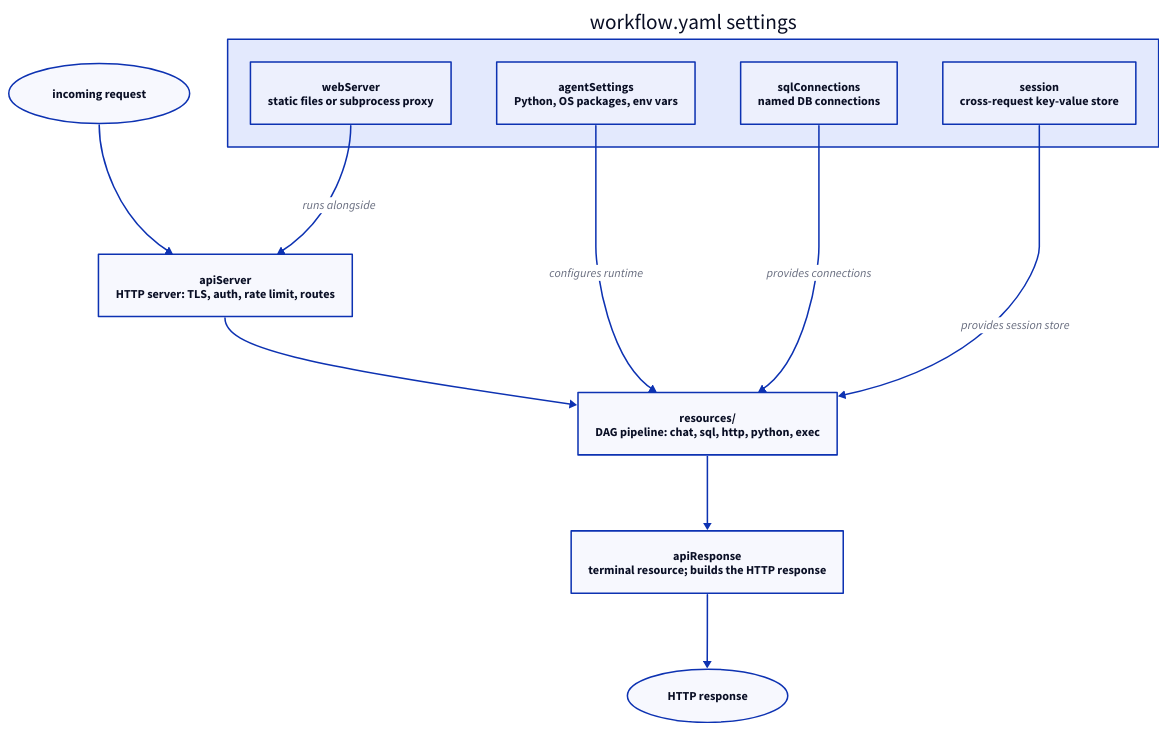
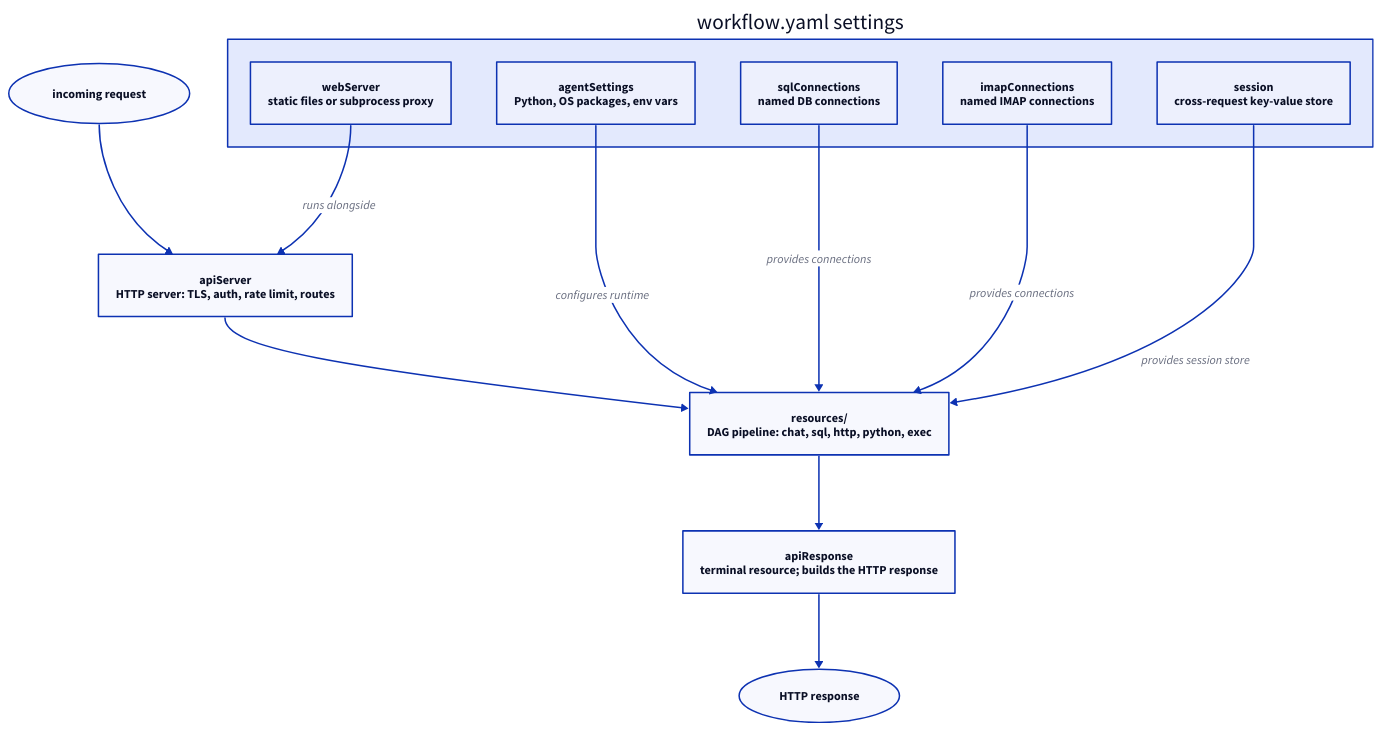
The diagram in docs/v2/configuration/workflow.md (kdeps/kdeps), drawn with D2 before and after one commit. The commit also changed other lines of this file and 3 other files, not shown here.

````diff
--- a/docs/v2/configuration/workflow.md
+++ b/docs/v2/configuration/workflow.md
@@ -7,23 +7,25 @@
 ```d2
 direction: down
 
 A: incoming request {shape: oval}
 B: "apiServer\nHTTP server: TLS, auth, rate limit, routes"
 C: "resources/\nDAG pipeline: chat, sql, http, python, exec"
 D: "apiResponse\nterminal resource; builds the HTTP response"
 E: HTTP response {shape: oval}
 
 A -> B -> C -> D -> E
 
 settings: workflow.yaml settings {
   B2: "webServer\nstatic files or subprocess proxy"
   B3: "agentSettings\nPython, OS packages, env vars"
   B4: "sqlConnections\nnamed DB connections"
+  B6: "imapConnections\nnamed IMAP connections"
   B5: "session\ncross-request key-value store"
 }
 
 settings.B3 -> C: configures runtime
 settings.B4 -> C: provides connections
+settings.B6 -> C: provides connections
 settings.B5 -> C: provides session store
 settings.B2 -> B: runs alongside
 ```
````
